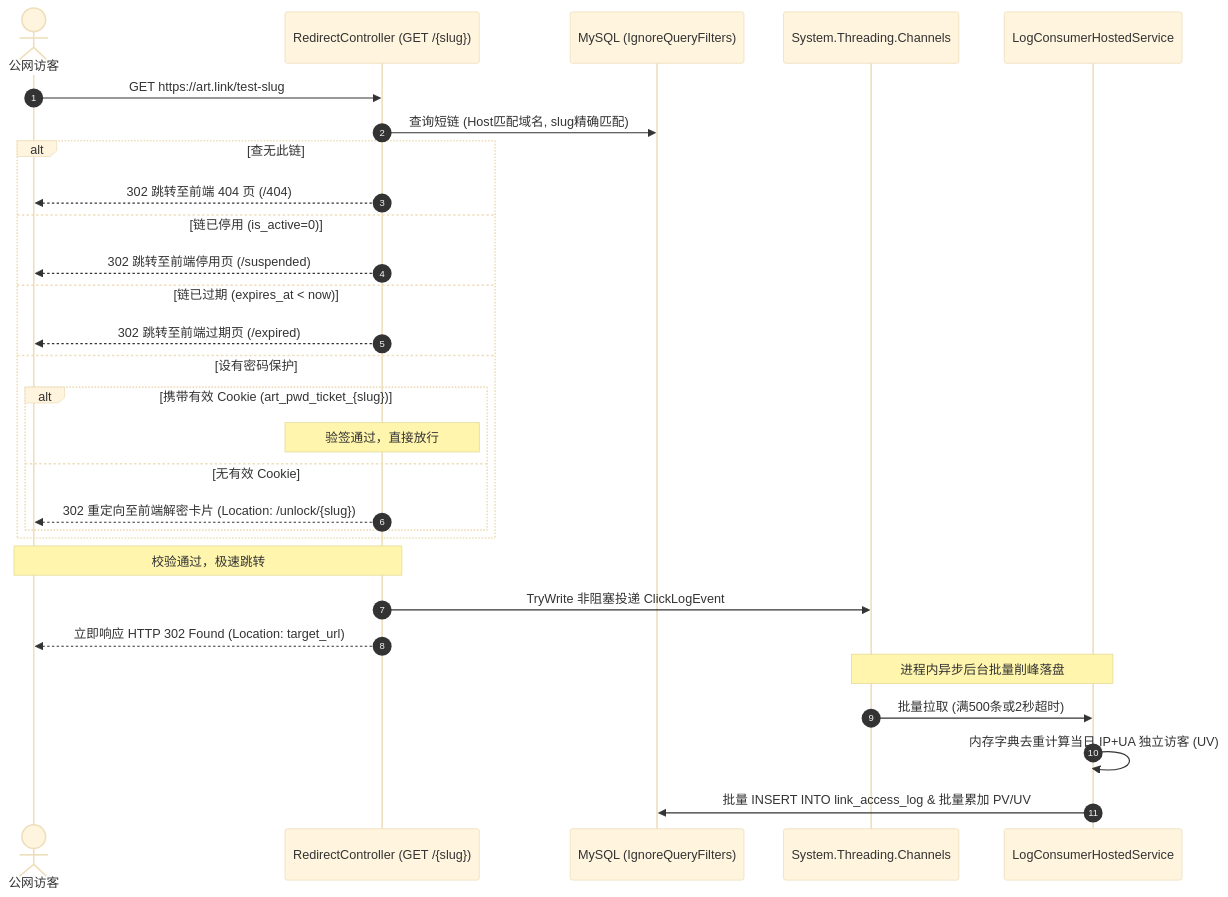
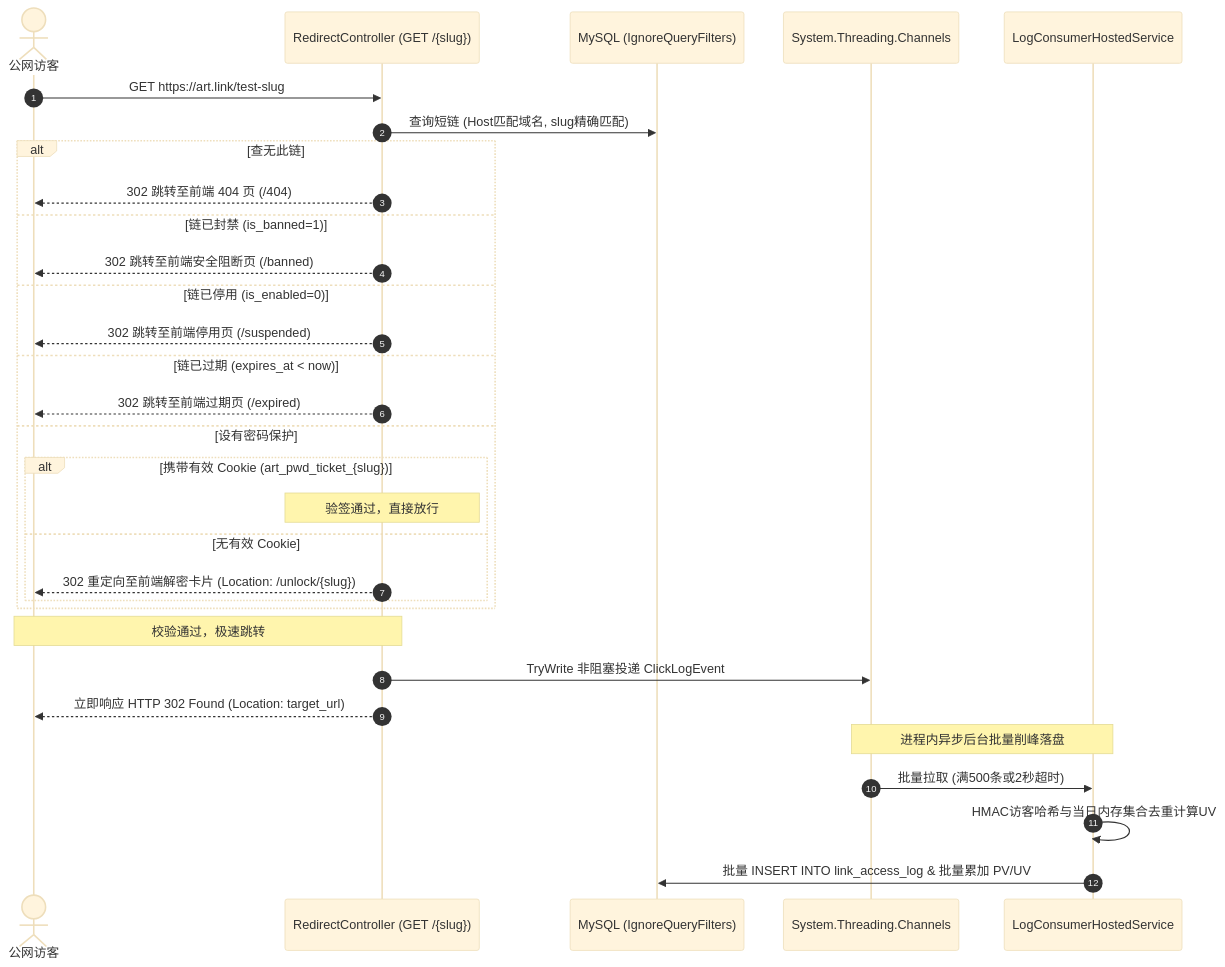
One commit to ArturiaGit/Arturia.ShortLink changed the diagram in docs/后端详细设计与技术实现说明书.md. Above: the diagram before and after it, drawn with Mermaid (base theme). The commit also changed other lines of this file and 12 other files, not shown here.

````diff
--- a/docs/后端详细设计与技术实现说明书.md
+++ b/docs/后端详细设计与技术实现说明书.md
@@ -174,34 +203,36 @@
 ```mermaid
 sequenceDiagram
     autonumber
     actor Visitor as 公网访客
     participant Redirect as RedirectController (GET /{slug})
     participant DB as MySQL (IgnoreQueryFilters)
     participant Channel as System.Threading.Channels
     participant Worker as LogConsumerHostedService
 
     Visitor->>Redirect: GET https://art.link/test-slug
     Redirect->>DB: 查询短链 (Host匹配域名, slug精确匹配)
     alt 查无此链
         Redirect-->>Visitor: 302 跳转至前端 404 页 (/404)
-    else 链已停用 (is_active=0)
+    else 链已封禁 (is_banned=1)
+        Redirect-->>Visitor: 302 跳转至前端安全阻断页 (/banned)
+    else 链已停用 (is_enabled=0)
         Redirect-->>Visitor: 302 跳转至前端停用页 (/suspended)
     else 链已过期 (expires_at < now)
         Redirect-->>Visitor: 302 跳转至前端过期页 (/expired)
     else 设有密码保护
         alt 携带有效 Cookie (art_pwd_ticket_{slug})
             Note over Redirect: 验签通过，直接放行
         else 无有效 Cookie
             Redirect-->>Visitor: 302 重定向至前端解密卡片 (Location: /unlock/{slug})
         end
     end
 
     Note over Redirect,Visitor: 校验通过，极速跳转
     Redirect->>Channel: TryWrite 非阻塞投递 ClickLogEvent
     Redirect-->>Visitor: 立即响应 HTTP 302 Found (Location: target_url)
 
     Note over Channel,Worker: 进程内异步后台批量削峰落盘
     Channel->>Worker: 批量拉取 (满500条或2秒超时)
-    Worker->>Worker: 内存字典去重计算当日 IP+UA 独立访客 (UV)
+    Worker->>Worker: HMAC访客哈希与当日内存集合去重计算UV
     Worker->>DB: 批量 INSERT INTO link_access_log & 批量累加 PV/UV
 ```
````
